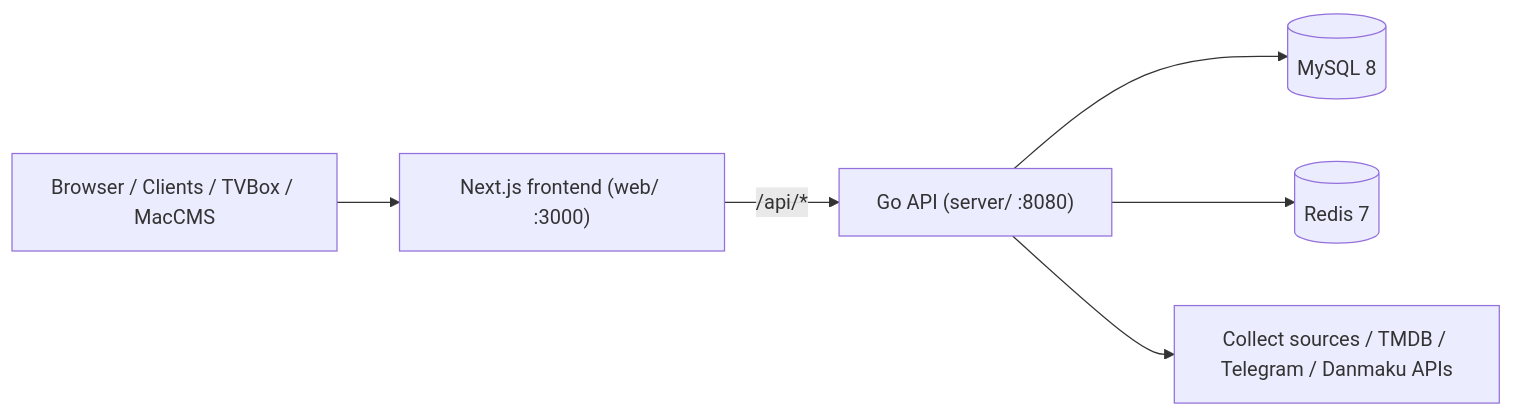
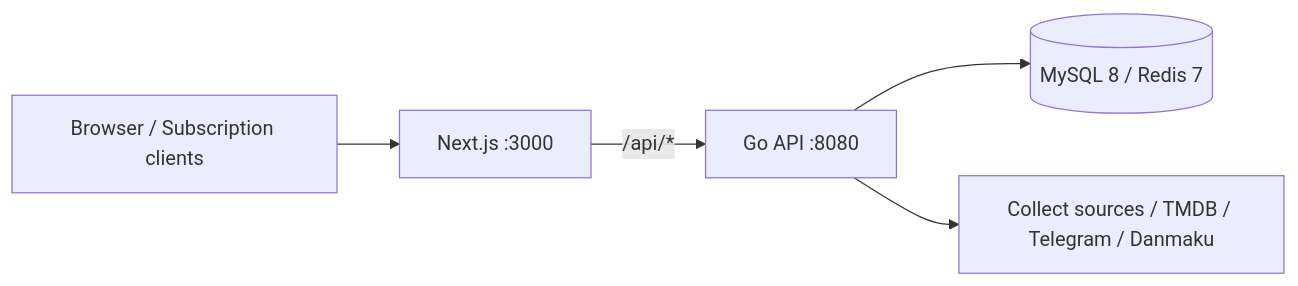
The diagram in docs/README_EN.md (fe-spark/EcoHub), drawn with Mermaid before and after one commit. The commit also changed other lines of this file and 1 other file, not shown here.

````diff
--- a/docs/README_EN.md
+++ b/docs/README_EN.md
@@ -54,8 +50,7 @@
 ```mermaid
 flowchart LR
-    Browser["Browser / Clients / TVBox / MacCMS"] --> Web["Next.js frontend (web/ :3000)"]
-    Web -- "/api/*" --> API["Go API (server/ :8080)"]
-    API --> MySQL[("MySQL 8")]
-    API --> Redis[("Redis 7")]
-    API --> External["Collect sources / TMDB / Telegram / Danmaku APIs"]
+    Client["Browser / Subscription clients"] --> Web["Next.js :3000"]
+    Web -- "/api/*" --> API["Go API :8080"]
+    API --> DB[("MySQL 8 / Redis 7")]
+    API --> Ext["Collect sources / TMDB / Telegram / Danmaku"]
 ```
````
